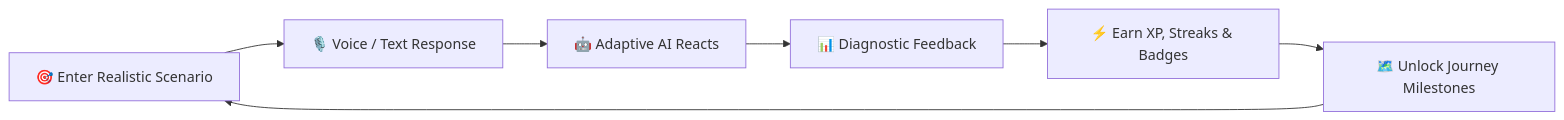
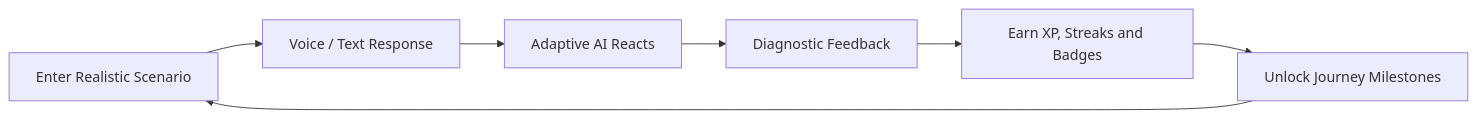
One commit to zakjnr999/simu changed the diagram in README.md. Above: the diagram before and after it, drawn with Mermaid. The commit also changed other lines of this file, not shown here.

````diff
--- a/README.md
+++ b/README.md
@@ -43,9 +39,9 @@
 ```mermaid
 graph LR
-    A[🎯 Enter Realistic Scenario] --> B[🎙️ Voice / Text Response]
-    B --> C[🤖 Adaptive AI Reacts]
-    C --> D[📊 Diagnostic Feedback]
-    D --> E[⚡ Earn XP, Streaks & Badges]
-    E --> F[🗺️ Unlock Journey Milestones]
+    A[Enter Realistic Scenario] --> B[Voice / Text Response]
+    B --> C[Adaptive AI Reacts]
+    C --> D[Diagnostic Feedback]
+    D --> E[Earn XP, Streaks and Badges]
+    E --> F[Unlock Journey Milestones]
     F --> A
 ```
````
